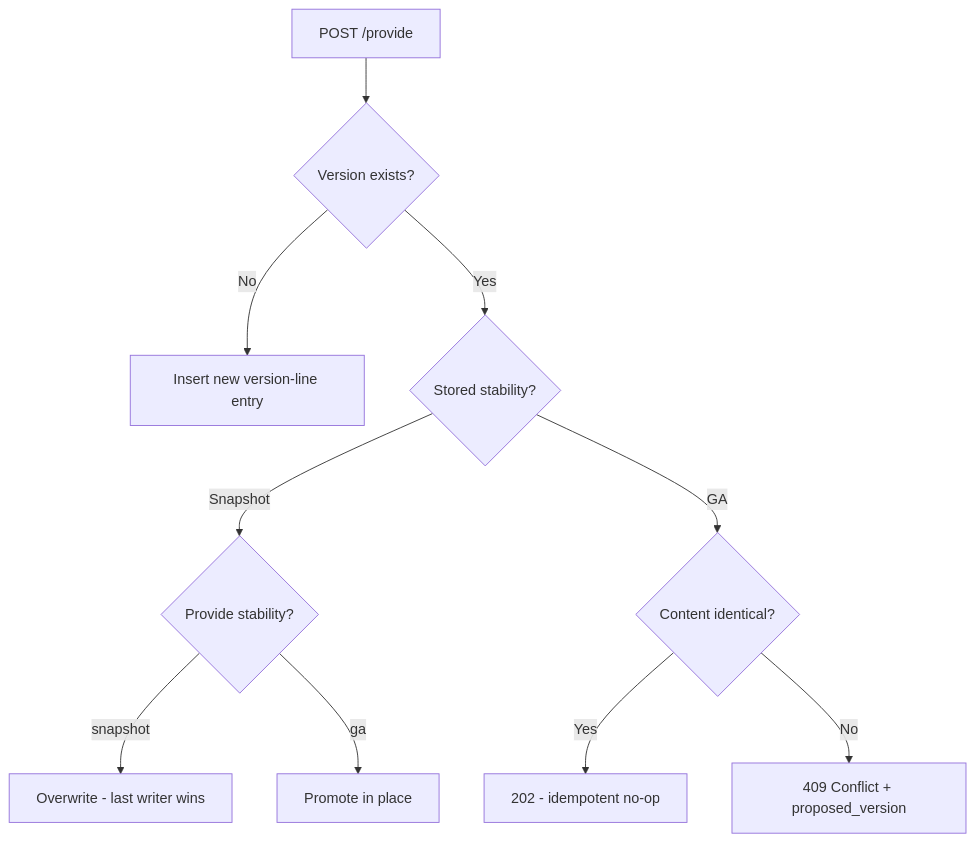
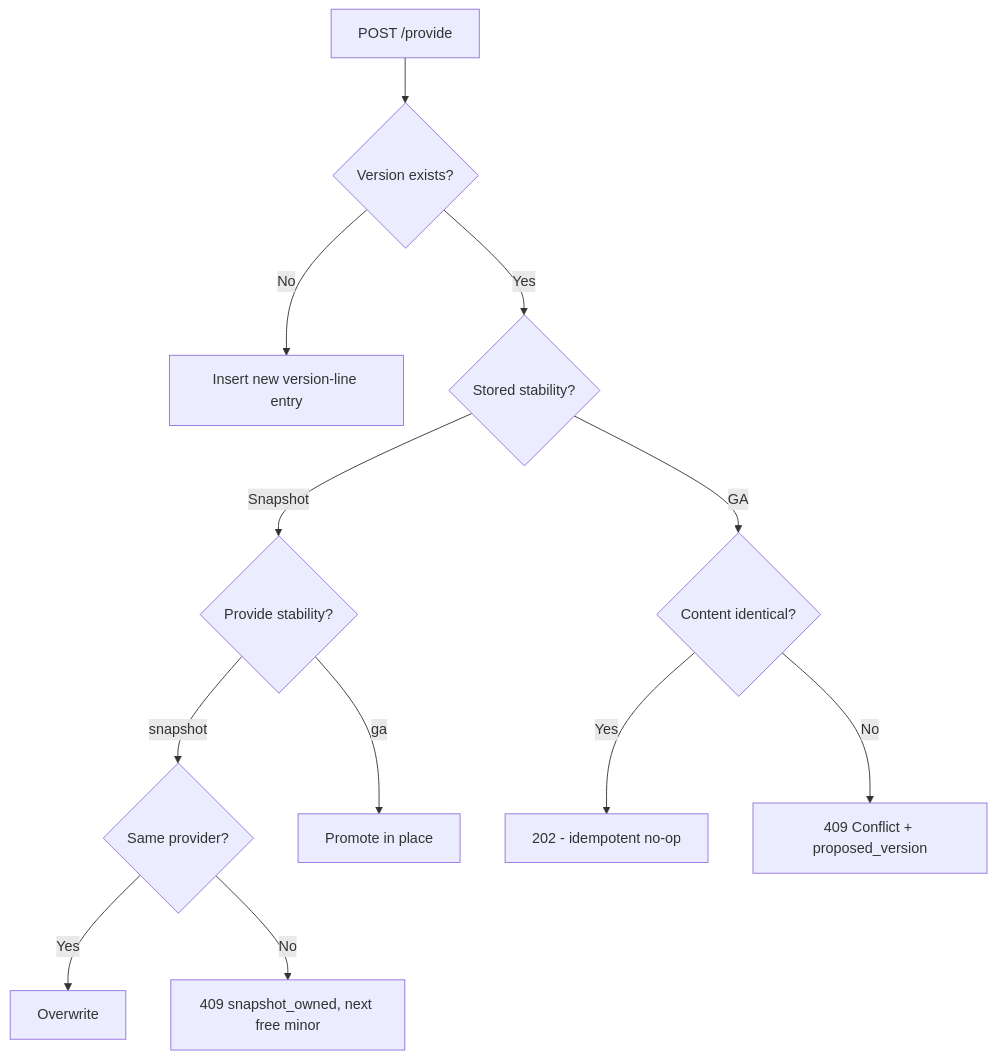
The seventh of 7 diagrams in docs/developer-guide.md (paxel/sanshain-service), drawn with Mermaid before and after one commit. The commit also changed other lines of this file and 13 other files, not shown here.

Commit message:
Refuse a snapshot overwrite from anyone but its provider, proposing the next free minor

````diff
--- a/docs/developer-guide.md
+++ b/docs/developer-guide.md
@@ -310,12 +310,14 @@
 ```mermaid
 flowchart TD
     A[POST /provide] --> B{Version exists?}
     B -->|No| C[Insert new version-line entry]
     B -->|Yes| D{Stored stability?}
     D -->|Snapshot| E{Provide stability?}
-    E -->|snapshot| F[Overwrite - last writer wins]
+    E -->|snapshot| F{Same provider?}
+    F -->|Yes| F1[Overwrite]
+    F -->|No| F2[409 snapshot_owned, next free minor]
     E -->|ga| G[Promote in place]
     D -->|GA| H{Content identical?}
     H -->|Yes| I[202 - idempotent no-op]
     H -->|No| J[409 Conflict + proposed_version]
 ```
````
